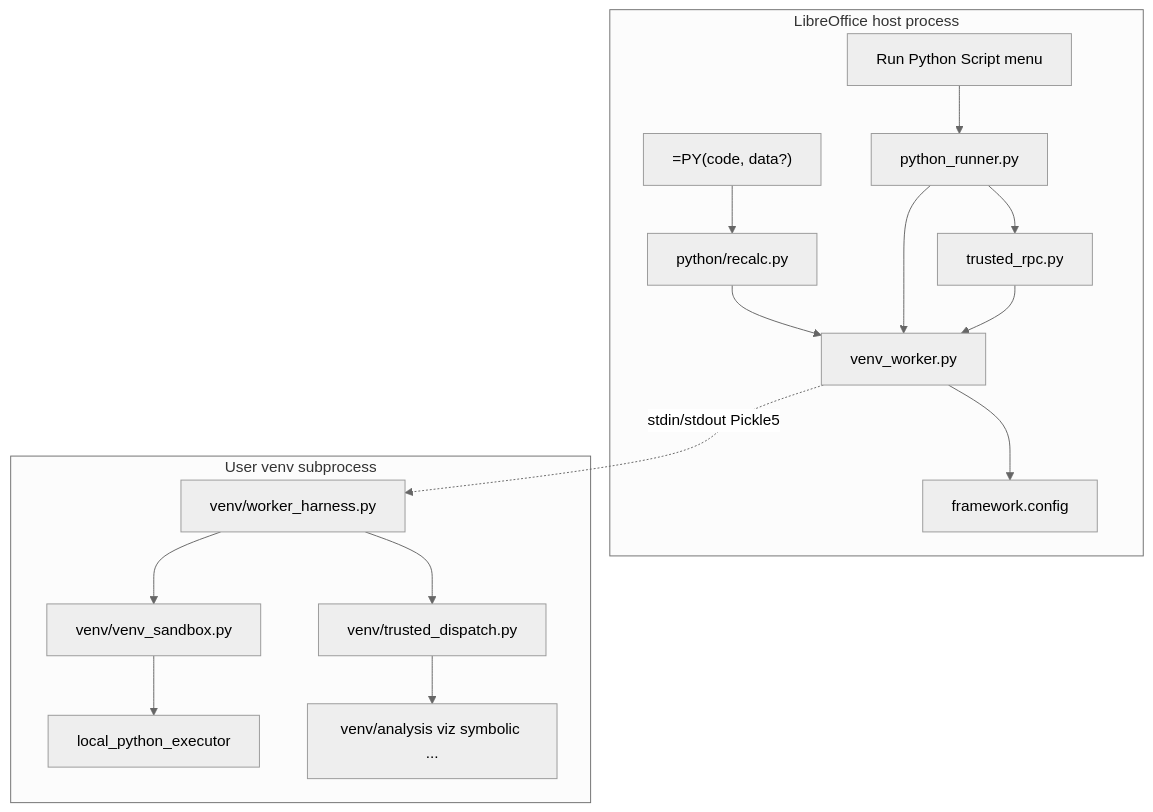
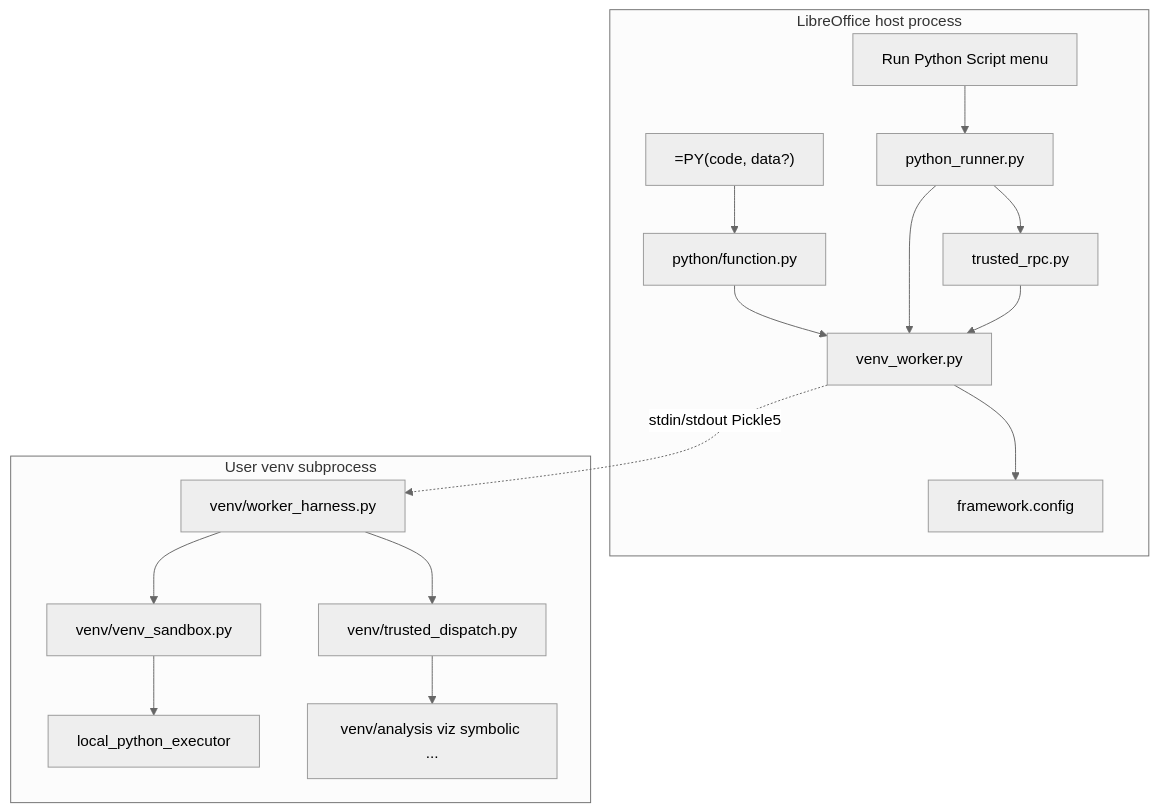
Before and after one commit to KeithCu/writeragent: the second of 9 diagrams in docs/scripting/librepy-split.md, drawn with Mermaid (neutral theme). The commit also changed other lines of this file and 40 other files, not shown here.

Commit message:
calc: rename python/recalc.py to function.py

````diff
--- a/docs/scripting/librepy-split.md
+++ b/docs/scripting/librepy-split.md
@@ -128,26 +128,26 @@
 ```mermaid
 flowchart TB
   subgraph loHost [LibreOffice host process]
     PY["=PY(code, data?)"]
     RPS[Run Python Script menu]
-    PF[python/recalc.py]
+    PF[python/function.py]
     PR[python_runner.py]
     TR[trusted_rpc.py]
     VW[venv_worker.py]
     CFG[framework.config]
   end
   subgraph child [User venv subprocess]
     WH[venv/worker_harness.py]
     TD[venv/trusted_dispatch.py]
     VS[venv/venv_sandbox.py]
     LPE[local_python_executor]
     DOM[venv/analysis viz symbolic ...]
   end
   PY --> PF --> VW
   RPS --> PR --> VW
   PR --> TR --> VW
   VW --> CFG
   VW -.->|stdin/stdout Pickle5| WH
   WH --> VS --> LPE
   WH --> TD --> DOM
 ```
````
